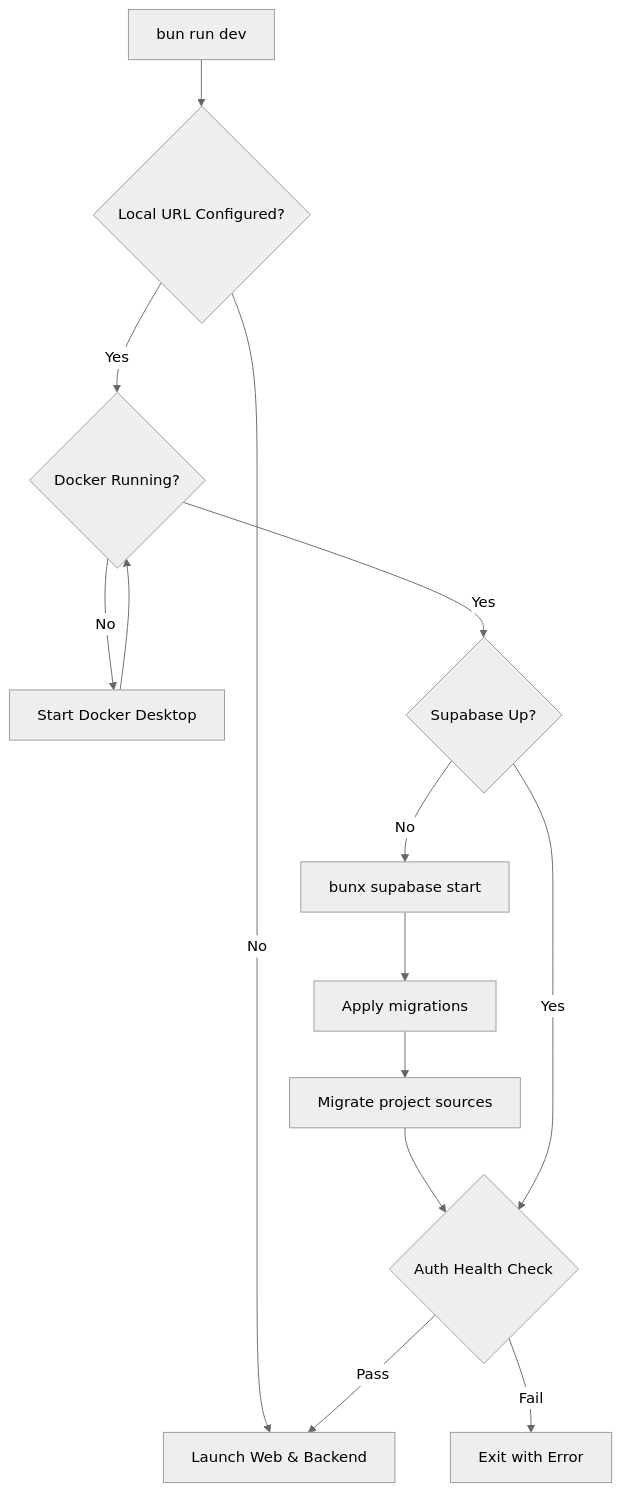
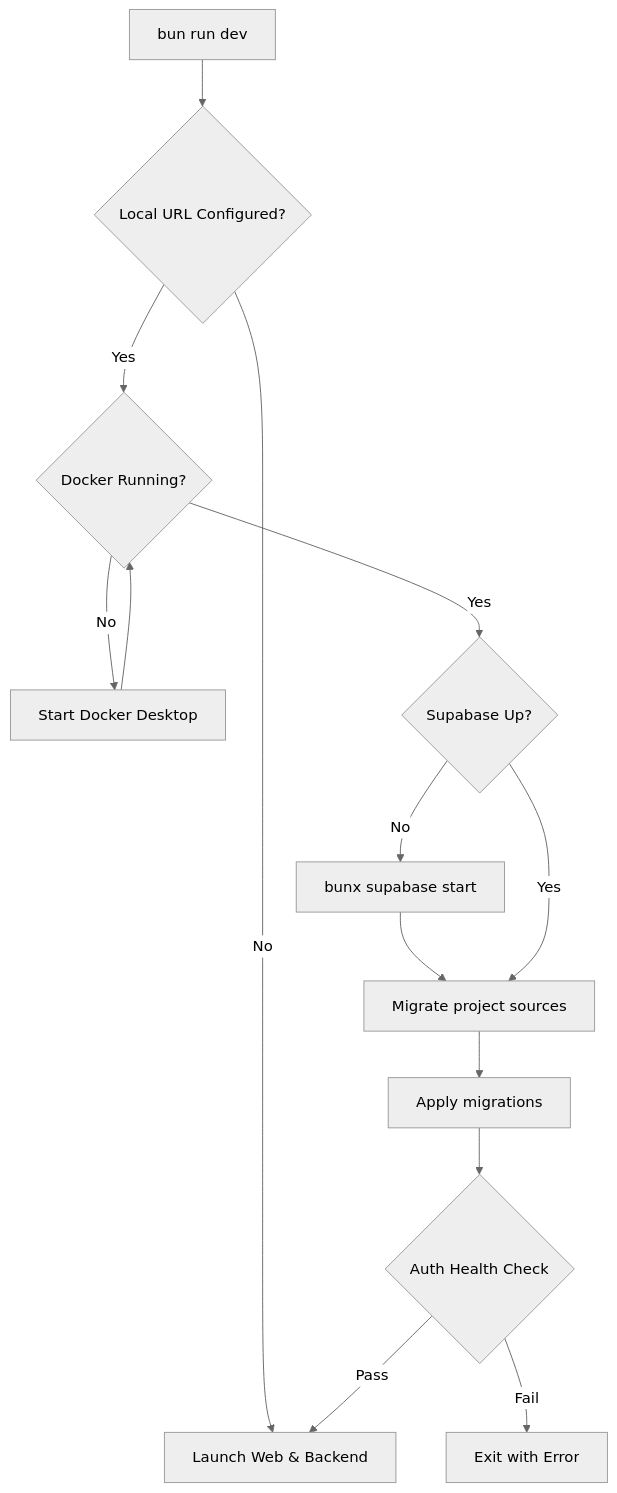
Before and after one commit to immagiov4/Nous: the first of 2 diagrams in .cubic/wiki/09-section-developer-tools/01-p-local-setup.md, drawn with Mermaid (neutral theme). The commit also changed other lines of this file and 24 other files, not shown here.

````diff
--- a/.cubic/wiki/09-section-developer-tools/01-p-local-setup.md
+++ b/.cubic/wiki/09-section-developer-tools/01-p-local-setup.md
@@ -60,16 +60,16 @@
 ```mermaid
 flowchart TD
     Start[bun run dev] --> EnvCheck{Local URL Configured?}
     EnvCheck -- No --> AppStart[Launch Web & Backend]
     EnvCheck -- Yes --> DockerCheck{Docker Running?}
     DockerCheck -- No --> StartDocker[Start Docker Desktop]
     StartDocker --> DockerCheck
     DockerCheck -- Yes --> SupaCheck{Supabase Up?}
     SupaCheck -- No --> SupaStart[bunx supabase start]
-    SupaStart --> Migration[Apply migrations]
-    Migration --> SourceMig[Migrate project sources]
-    SourceMig --> AuthHealth{Auth Health Check}
-    SupaCheck -- Yes --> AuthHealth
+    SupaStart --> SourceMig[Migrate project sources]
+    SupaCheck -- Yes --> SourceMig
+    SourceMig --> Migration[Apply migrations]
+    Migration --> AuthHealth{Auth Health Check}
     AuthHealth -- Pass --> AppStart
     AuthHealth -- Fail --> Exit[Exit with Error]
 ```
````
